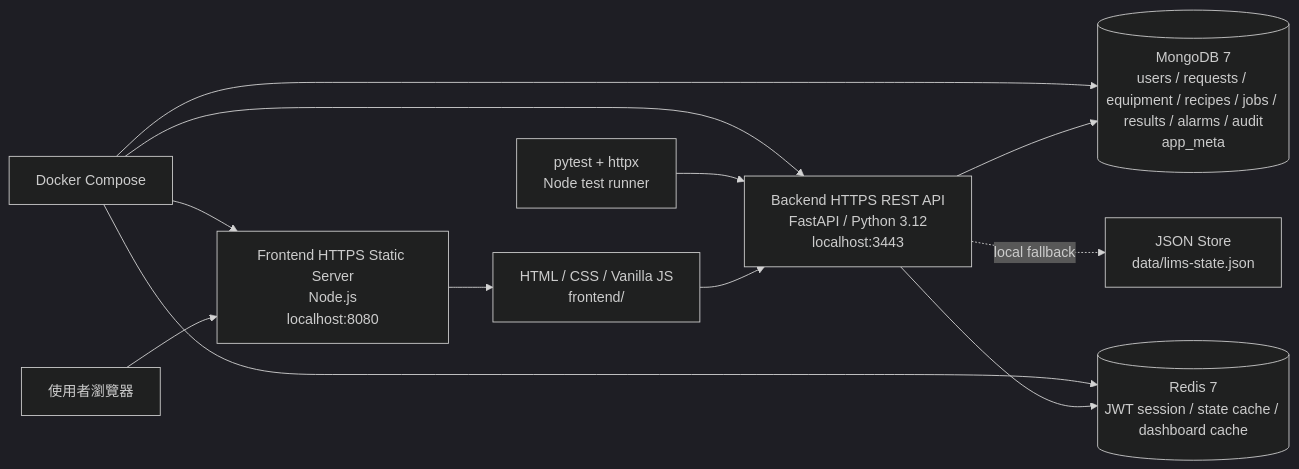
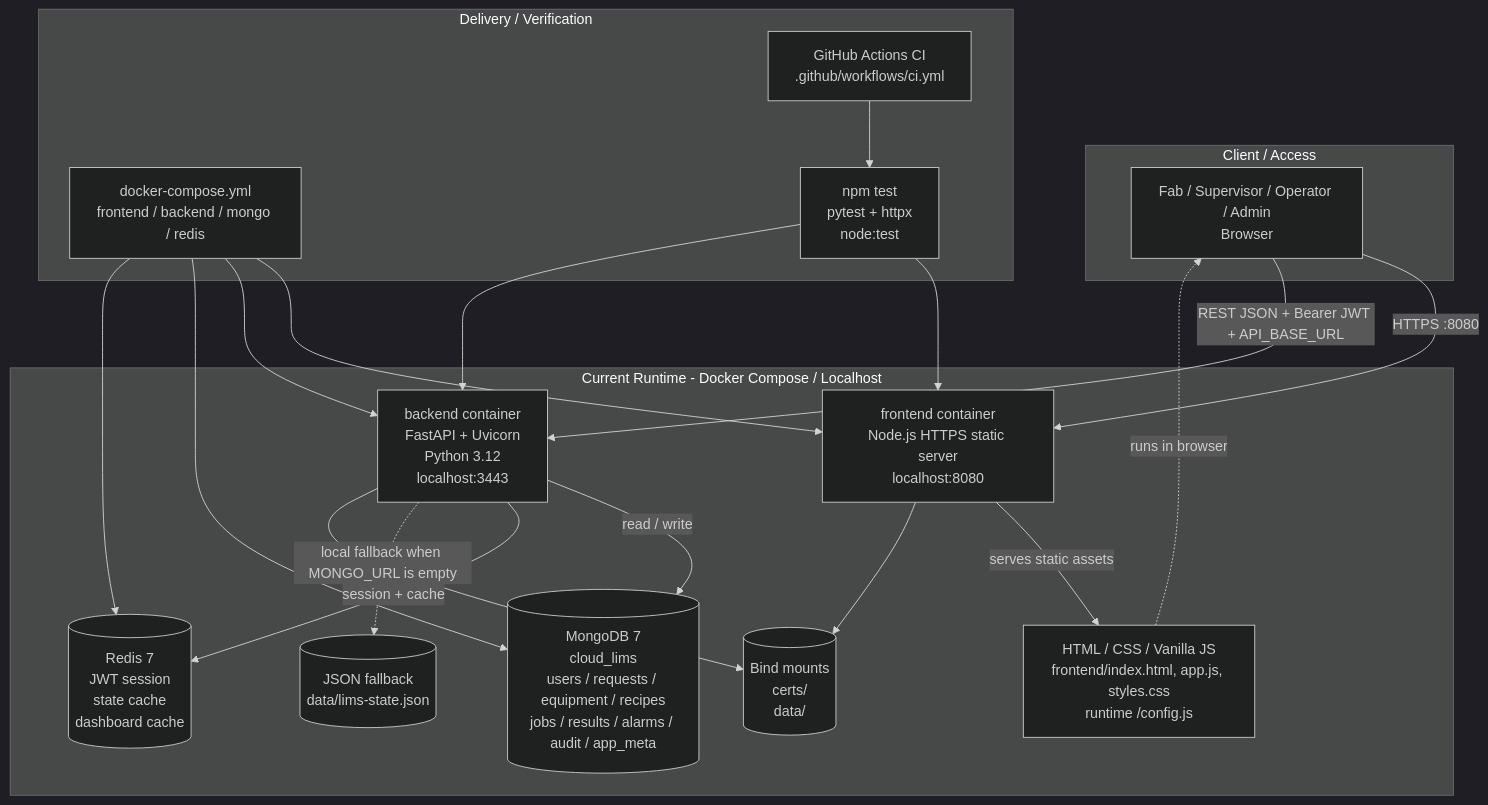
Before and after one commit to Kang-Ding-Xin-NYCU/CND_project_15: the first of 3 diagrams in docs/current-system-architecture.md, drawn with Mermaid (dark theme). The commit also changed other lines of this file, not shown here.

Commit message:
add architecture figure

````diff
--- a/docs/current-system-architecture.md
+++ b/docs/current-system-architecture.md
@@ -17,14 +19,39 @@
 ```mermaid
-flowchart LR
-  User[使用者瀏覽器] --> Frontend[Frontend HTTPS Static Server<br/>Node.js<br/>localhost:8080]
-  Frontend --> Assets[HTML / CSS / Vanilla JS<br/>frontend/]
-  Assets --> Backend[Backend HTTPS REST API<br/>FastAPI / Python 3.12<br/>localhost:3443]
-  Backend --> Mongo[(MongoDB 7<br/>users / requests / equipment / recipes / jobs / results / alarms / audit<br/>app_meta)]
-  Backend --> Redis[(Redis 7<br/>JWT session / state cache / dashboard cache)]
-  Backend -. local fallback .-> JsonStore[JSON Store<br/>data/lims-state.json]
-  Tests[pytest + httpx<br/>Node test runner] --> Backend
-  Compose[Docker Compose] --> Frontend
+flowchart TB
+  subgraph Access["Client / Access"]
+    User["Fab / Supervisor / Operator / Admin<br/>Browser"]
+  end
+
+  subgraph Runtime["Current Runtime - Docker Compose / Localhost"]
+    Frontend["frontend container<br/>Node.js HTTPS static server<br/>localhost:8080"]
+    Assets["HTML / CSS / Vanilla JS<br/>frontend/index.html, app.js, styles.css<br/>runtime /config.js"]
+    Backend["backend container<br/>FastAPI + Uvicorn<br/>Python 3.12<br/>localhost:3443"]
+    Mongo[("MongoDB 7<br/>cloud_lims<br/>users / requests / equipment / recipes<br/>jobs / results / alarms / audit / app_meta")]
+    Redis[("Redis 7<br/>JWT session<br/>state cache<br/>dashboard cache")]
+    JsonStore[("JSON fallback<br/>data/lims-state.json")]
+    Certs[("Bind mounts<br/>certs/<br/>data/")]
+  end
+
+  subgraph Delivery["Delivery / Verification"]
+    Compose["docker-compose.yml<br/>frontend / backend / mongo / redis"]
+    Test["npm test<br/>pytest + httpx<br/>node:test"]
+    CI["GitHub Actions CI<br/>.github/workflows/ci.yml"]
+  end
+
+  User -->|"HTTPS :8080"| Frontend
+  Frontend -->|"serves static assets"| Assets
+  Assets -. runs in browser .-> User
+  User -->|"REST JSON + Bearer JWT + API_BASE_URL"| Backend
+  Backend -->|"read / write"| Mongo
+  Backend -->|"session + cache"| Redis
+  Backend -. local fallback when MONGO_URL is empty .-> JsonStore
+  Frontend --> Certs
+  Backend --> Certs
+  Compose --> Frontend
   Compose --> Backend
   Compose --> Mongo
   Compose --> Redis
+  CI --> Test
+  Test --> Frontend
+  Test --> Backend
 ```
````
